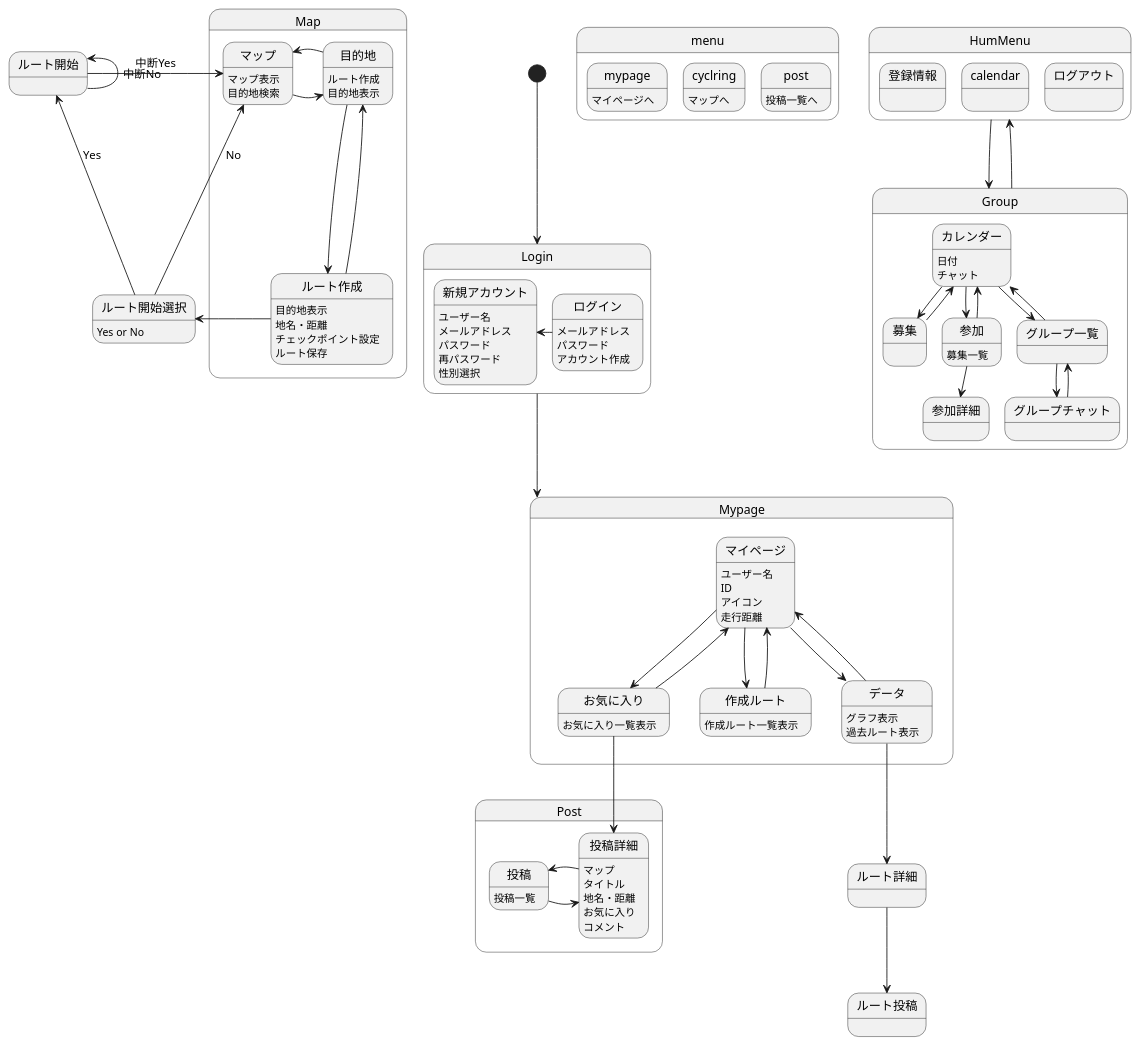
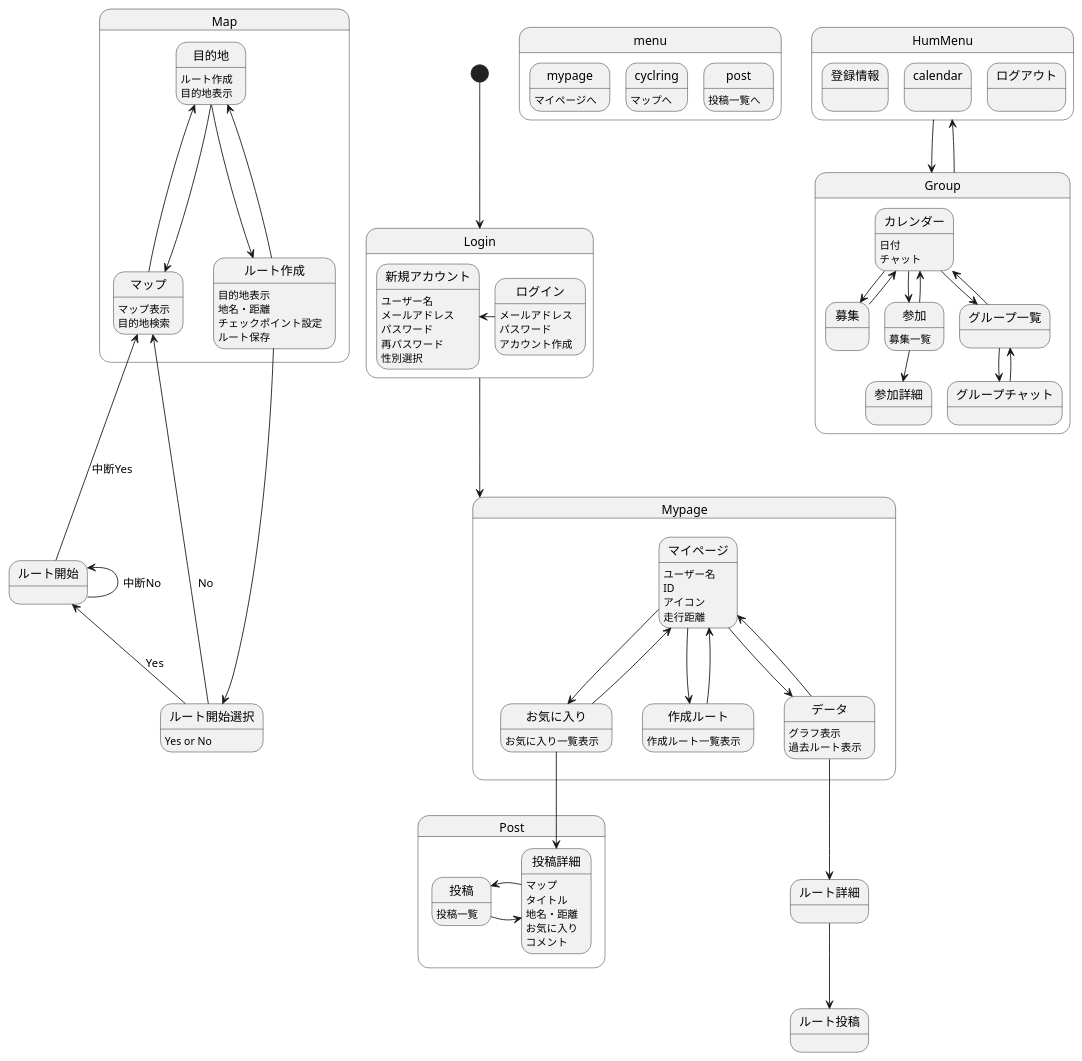
Before and after one commit to AsoSD3A3/CyclingSystem: the diagram in 画面遷移図/gm.md, drawn with PlantUML.

```diff
--- a/画面遷移図/gm.md
+++ b/画面遷移図/gm.md
@@ -71,18 +71,18 @@
 state Map{
 マップ:マップ表示
 マップ:目的地検索
-マップ-right->目的地
-目的地-left->マップ
+マップ-left->目的地
+目的地-->マップ
 目的地:ルート作成
 目的地:目的地表示
 目的地-down->ルート作成
-ルート作成-up->目的地
+ルート作成-->目的地
 ルート作成:目的地表示
 ルート作成:地名・距離
 ルート作成:チェックポイント設定
 ルート作成:ルート保存
 }
-ルート作成-left->ルート開始選択
+ルート作成-right->ルート開始選択
 ルート開始選択:Yes or No
 ルート開始選択-up->ルート開始 :Yes
 ルート開始選択-left->マップ :No
```
